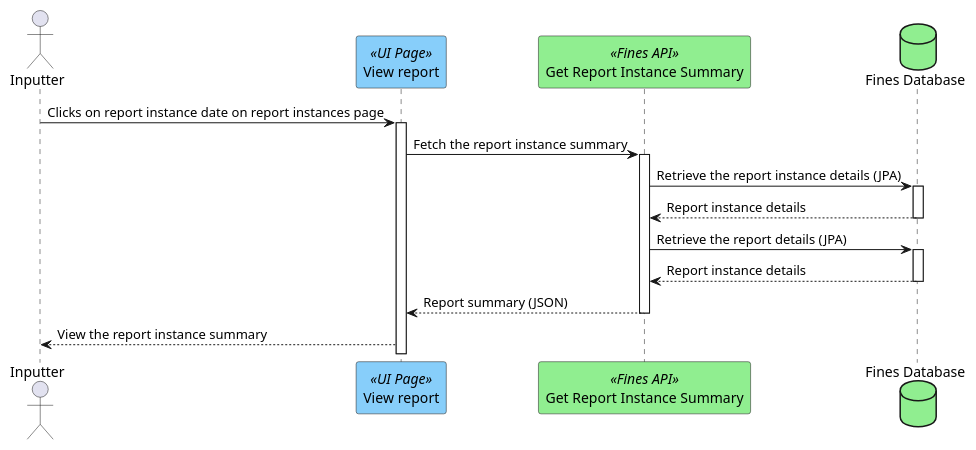
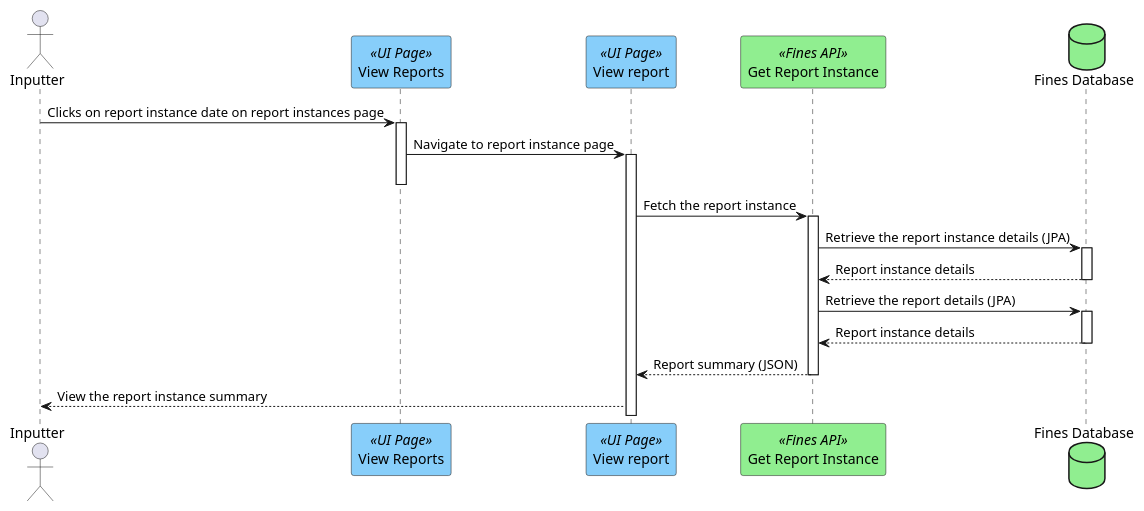
Before and after one commit to hmcts/opal-docs: the diagram in plantUML/fae-reports/fae-view_reports_instances_summary.puml, drawn with PlantUML. The commit also changed 3 other files, not shown here.

```diff
--- a/plantUML/fae-reports/fae-view_reports_instances_summary.puml
+++ b/plantUML/fae-reports/fae-view_reports_instances_summary.puml
@@ -1,17 +1,20 @@
 @startuml
 actor "Inputter" as user
+participant "View Reports" as viewReportsInstances <<UI Page>> #lightskyblue
 participant "View report" as viewReportsInstance <<UI Page>> #lightskyblue
-participant "Get Report Instance Summary" as getReportInstanceSummary <<Fines API>> #lightgreen
+participant "Get Report Instance" as getReportInstanceSummary <<Fines API>> #lightgreen
 
 database "Fines Database" as db #lightgreen
 
-user -> viewReportsInstance ++ : Clicks on report instance date on report instances page
-viewReportsInstance -> getReportInstanceSummary ++ : Fetch the report instance summary
+user -> viewReportsInstances ++ : Clicks on report instance date on report instances page
+viewReportsInstances -> viewReportsInstance ++ : Navigate to report instance page
+viewReportsInstances--
+viewReportsInstance -> getReportInstanceSummary ++ : Fetch the report instance
 getReportInstanceSummary -> db ++ : Retrieve the report instance details (JPA)
 getReportInstanceSummary <-- db -- : Report instance details
 getReportInstanceSummary -> db ++ : Retrieve the report details (JPA)
 getReportInstanceSummary <-- db -- : Report instance details
 viewReportsInstance <-- getReportInstanceSummary  -- : Report summary (JSON)
 user <-- viewReportsInstance : View the report instance summary
 
 @enduml
```
